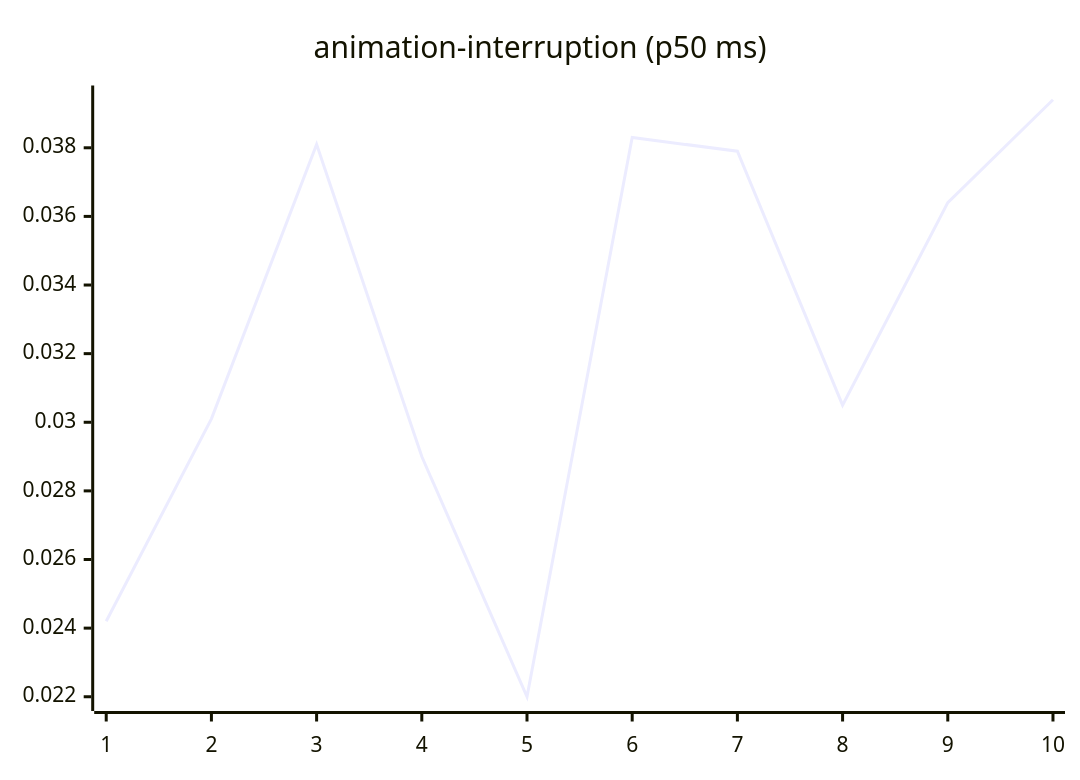
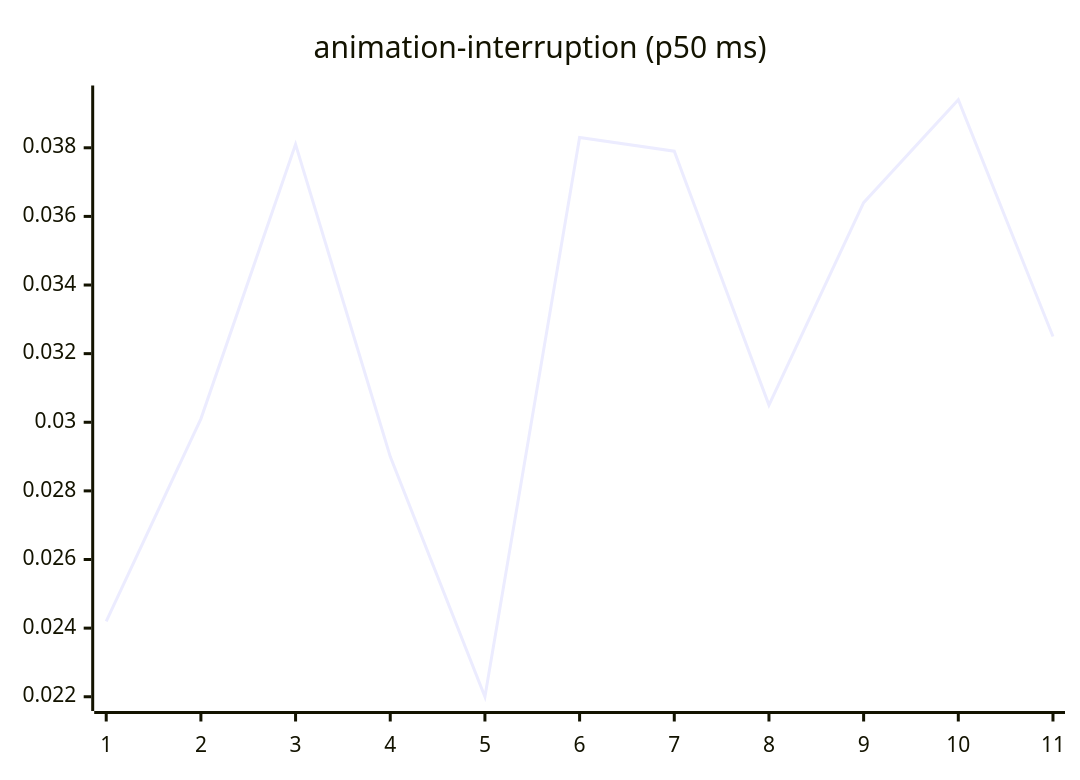
Before and after one commit to josha/Facet: the third of 27 diagrams in README.md, drawn with Mermaid. The commit also changed other lines of this file and 2 other files, not shown here.

````diff
--- a/README.md
+++ b/README.md
@@ -77,6 +77,6 @@
 ```mermaid
 xychart-beta
     title "animation-interruption (p50 ms)"
-    x-axis 1 --> 10
-    line [0.0242, 0.0301, 0.0381, 0.0290, 0.0220, 0.0383, 0.0379, 0.0305, 0.0364, 0.0394]
+    x-axis 1 --> 11
+    line [0.0242, 0.0301, 0.0381, 0.0290, 0.0220, 0.0383, 0.0379, 0.0305, 0.0364, 0.0394, 0.0325]
 ```
````
